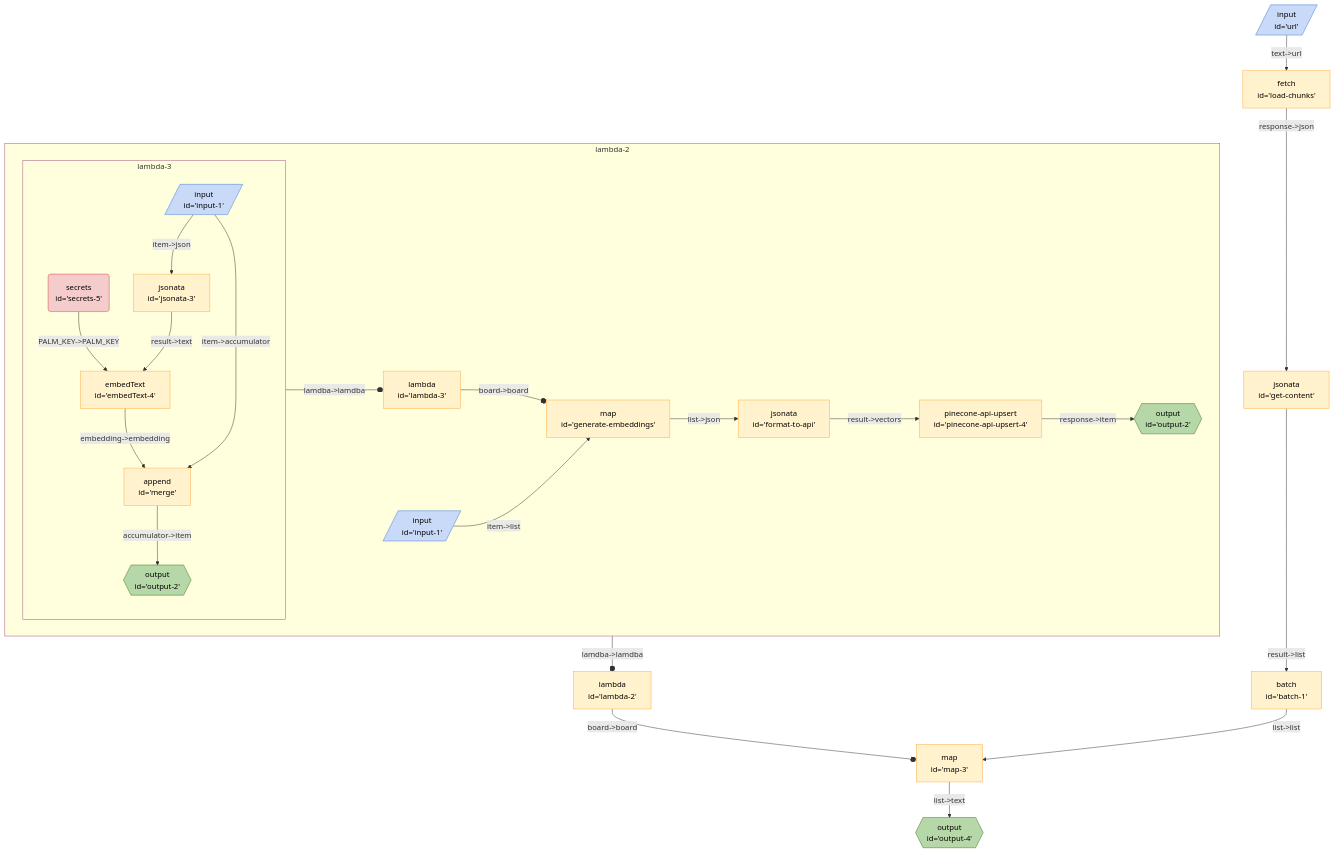
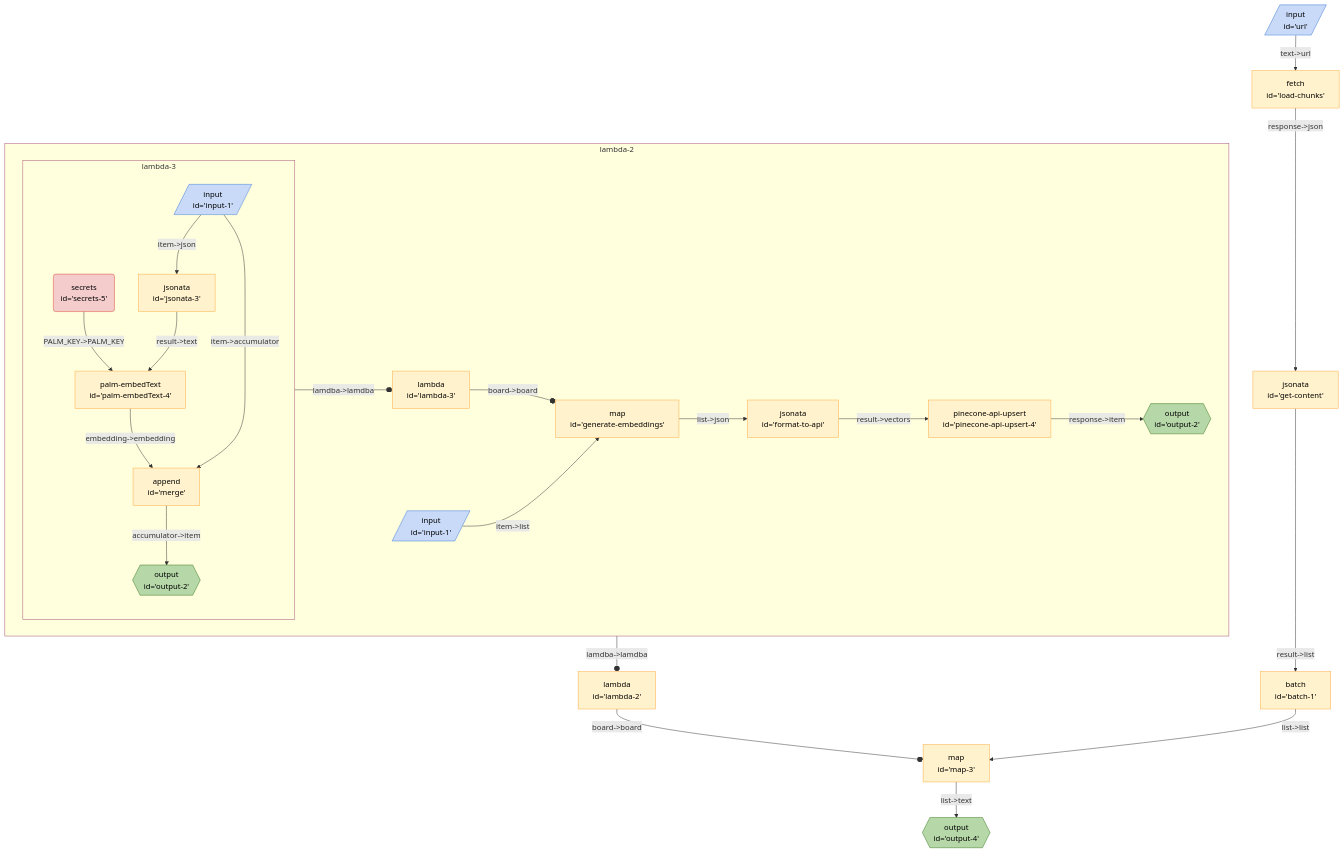
One commit to breadboard-ai/breadboard changed the diagram in seeds/graph-playground/docs/graphs/pinecone-load.md. Above: the diagram before and after it, drawn with Mermaid. The commit also changed 55 other files, not shown here.

````diff
--- a/seeds/graph-playground/docs/graphs/pinecone-load.md
+++ b/seeds/graph-playground/docs/graphs/pinecone-load.md
@@ -5,37 +5,37 @@
   ```mermaid
   %%{init: 'themeVariables': { 'fontFamily': 'Fira Code, monospace' }}%%
 graph TD;
 lambda2["lambda <br> id='lambda-2'"] -- "board->board" --o map3["map <br> id='map-3'"]
 subgraph sg_lambda2 [lambda-2]
 lambda2_lambda3["lambda <br> id='lambda-3'"] -- "board->board" --o lambda2_generateembeddings["map <br> id='generate-embeddings'"]
 subgraph sg_lambda3 [lambda-3]
-lambda2_lambda3_embedText4["embedText <br> id='embedText-4'"] -- "embedding->embedding" --> lambda2_lambda3_merge["append <br> id='merge'"]
-lambda2_lambda3_secrets5("secrets <br> id='secrets-5'"):::secrets -- "PALM_KEY->PALM_KEY" --> lambda2_lambda3_embedText4["embedText <br> id='embedText-4'"]
-lambda2_lambda3_jsonata3["jsonata <br> id='jsonata-3'"] -- "result->text" --> lambda2_lambda3_embedText4["embedText <br> id='embedText-4'"]
+lambda2_lambda3_palmembedText4["palm-embedText <br> id='palm-embedText-4'"] -- "embedding->embedding" --> lambda2_lambda3_merge["append <br> id='merge'"]
+lambda2_lambda3_secrets5("secrets <br> id='secrets-5'"):::secrets -- "PALM_KEY->PALM_KEY" --> lambda2_lambda3_palmembedText4["palm-embedText <br> id='palm-embedText-4'"]
+lambda2_lambda3_jsonata3["jsonata <br> id='jsonata-3'"] -- "result->text" --> lambda2_lambda3_palmembedText4["palm-embedText <br> id='palm-embedText-4'"]
 lambda2_lambda3_input1[/"input <br> id='input-1'"/]:::input -- "item->json" --> lambda2_lambda3_jsonata3["jsonata <br> id='jsonata-3'"]
 lambda2_lambda3_merge["append <br> id='merge'"] -- "accumulator->item" --> lambda2_lambda3_output2{{"output <br> id='output-2'"}}:::output
 lambda2_lambda3_input1[/"input <br> id='input-1'"/]:::input -- "item->accumulator" --> lambda2_lambda3_merge["append <br> id='merge'"]
 end
 sg_lambda3:::slotted -- "lamdba->lamdba" --o lambda2_lambda3
 
 lambda2_pineconeapiupsert4["pinecone-api-upsert <br> id='pinecone-api-upsert-4'"] -- "response->item" --> lambda2_output2{{"output <br> id='output-2'"}}:::output
 lambda2_formattoapi["jsonata <br> id='format-to-api'"] -- "result->vectors" --> lambda2_pineconeapiupsert4["pinecone-api-upsert <br> id='pinecone-api-upsert-4'"]
 lambda2_generateembeddings["map <br> id='generate-embeddings'"] -- "list->json" --> lambda2_formattoapi["jsonata <br> id='format-to-api'"]
 lambda2_input1[/"input <br> id='input-1'"/]:::input -- "item->list" --> lambda2_generateembeddings["map <br> id='generate-embeddings'"]
 end
 sg_lambda2:::slotted -- "lamdba->lamdba" --o lambda2
 
 map3["map <br> id='map-3'"] -- "list->text" --> output4{{"output <br> id='output-4'"}}:::output
 batch1["batch <br> id='batch-1'"] -- "list->list" --> map3["map <br> id='map-3'"]
 getcontent["jsonata <br> id='get-content'"] -- "result->list" --> batch1["batch <br> id='batch-1'"]
 loadchunks["fetch <br> id='load-chunks'"] -- "response->json" --> getcontent["jsonata <br> id='get-content'"]
 url[/"input <br> id='url'"/]:::input -- "text->url" --> loadchunks["fetch <br> id='load-chunks'"]
 classDef default stroke:#ffab40,fill:#fff2ccff,color:#000
 classDef input stroke:#3c78d8,fill:#c9daf8ff,color:#000
 classDef output stroke:#38761d,fill:#b6d7a8ff,color:#000
 classDef passthrough stroke:#a64d79,fill:#ead1dcff,color:#000
 classDef slot stroke:#a64d79,fill:#ead1dcff,color:#000
 classDef config stroke:#a64d79,fill:#ead1dcff,color:#000
 classDef secrets stroke:#db4437,fill:#f4cccc,color:#000
 classDef slotted stroke:#a64d79
   ```
````
